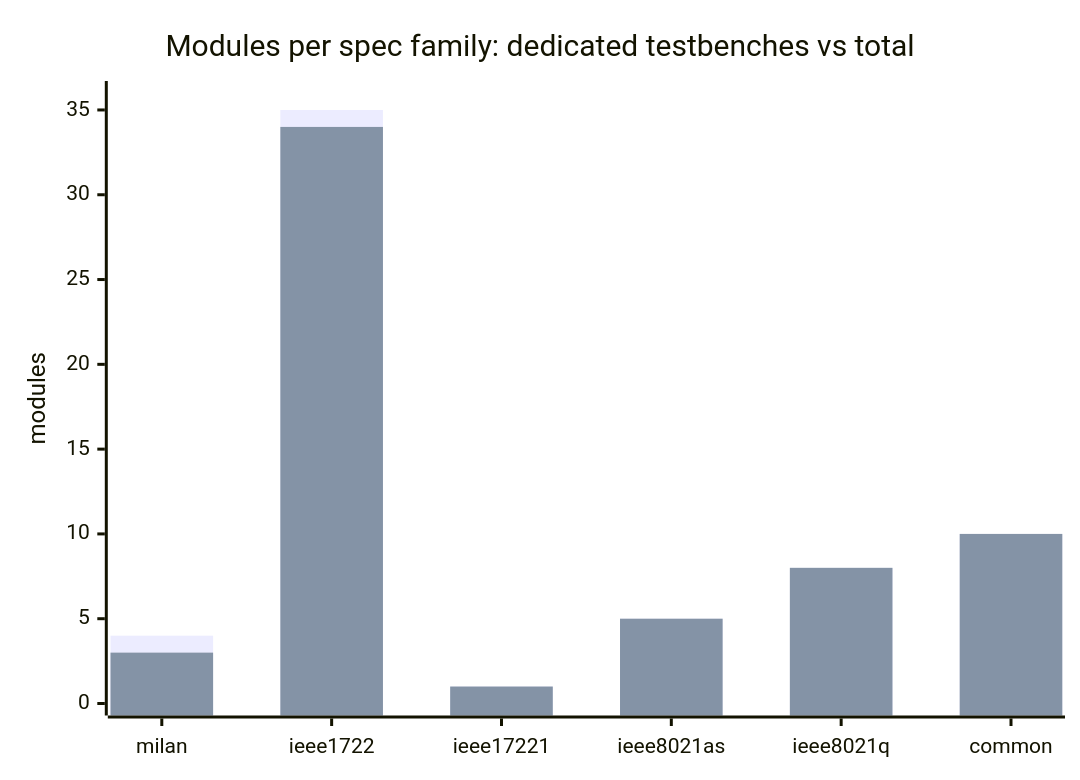
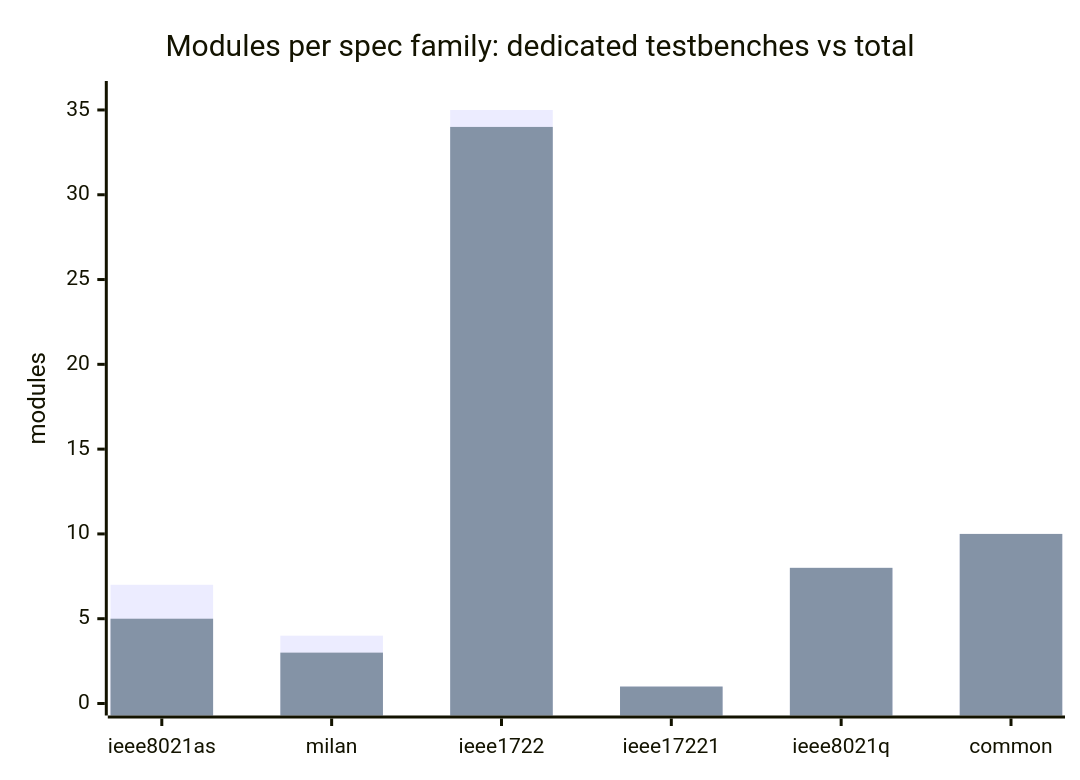
One commit to kebag-logic/milan-fpga changed the diagram in docs/traceability/MODULE_MATRIX.md. Above: the diagram before and after it, drawn with Mermaid. The commit also changed other lines of this file and 1 other file, not shown here.

````diff
--- a/docs/traceability/MODULE_MATRIX.md
+++ b/docs/traceability/MODULE_MATRIX.md
@@ -30,8 +30,8 @@
 ```mermaid
 xychart-beta
     title "Modules per spec family: dedicated testbenches vs total"
-    x-axis ["milan", "ieee1722", "ieee17221", "ieee8021as", "ieee8021q", "common"]
+    x-axis ["ieee8021as", "milan", "ieee1722", "ieee17221", "ieee8021q", "common"]
     y-axis "modules" 0 --> 36
-    bar [4, 35, 1, 5, 8, 10]
-    bar [3, 34, 1, 5, 8, 10]
+    bar [7, 4, 35, 1, 8, 10]
+    bar [5, 3, 34, 1, 8, 10]
 ```
````
